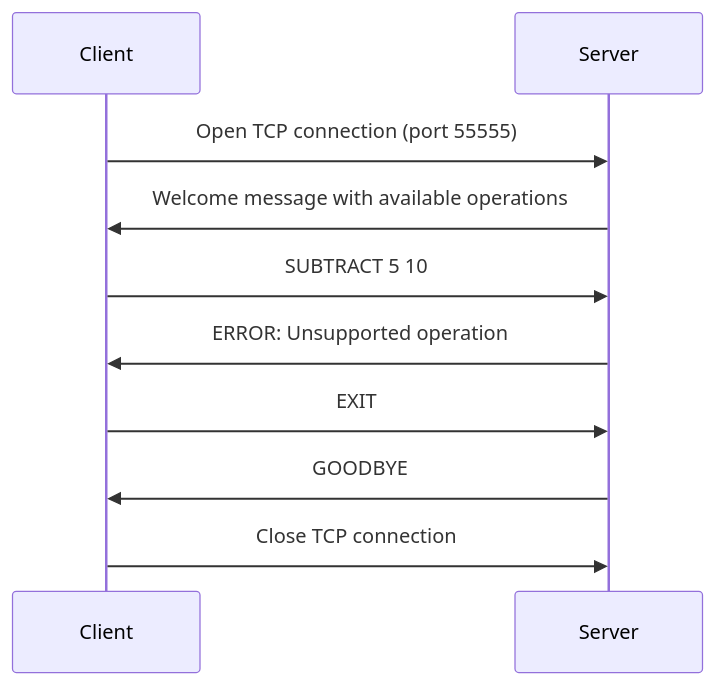
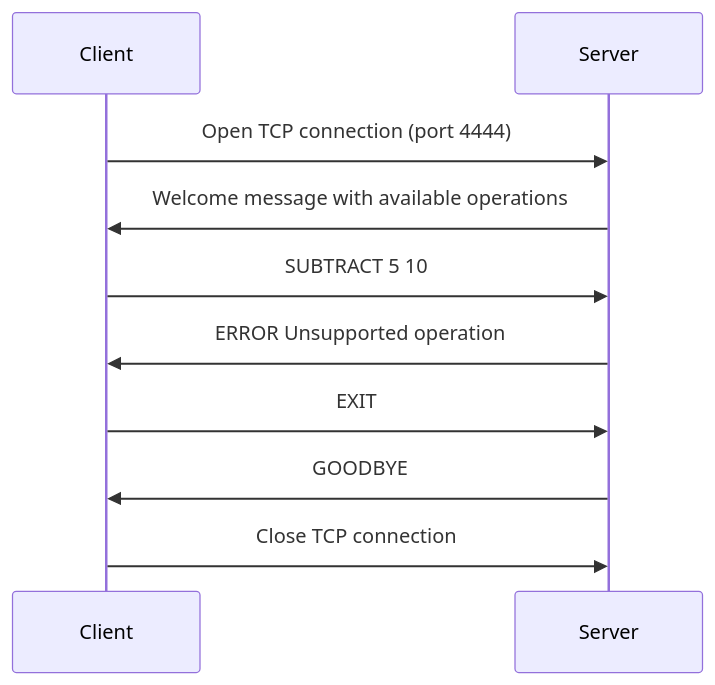
The second of 5 diagrams in specs/ryadbouzourene_Anthony-Christen/protocol.md (ryadbouzourene/dai-lab-protocoldesign-bouzourene-christen), drawn with Mermaid before and after one commit. The commit also changed other lines of this file, not shown here.

````diff
--- a/specs/ryadbouzourene_Anthony-Christen/protocol.md
+++ b/specs/ryadbouzourene_Anthony-Christen/protocol.md
@@ -97,13 +97,13 @@
 ```mermaid
 sequenceDiagram
   participant Client
   participant Server
 
-  Client->>Server: Open TCP connection (port 55555)
+  Client->>Server: Open TCP connection (port 4444)
   Server->>Client: Welcome message with available operations
   Client->>Server: SUBTRACT 5 10
-  Server->>Client: ERROR: Unsupported operation
+  Server->>Client: ERROR Unsupported operation
   Client->>Server: EXIT
   Server->>Client: GOODBYE
   Client->>Server: Close TCP connection
 ```
````
